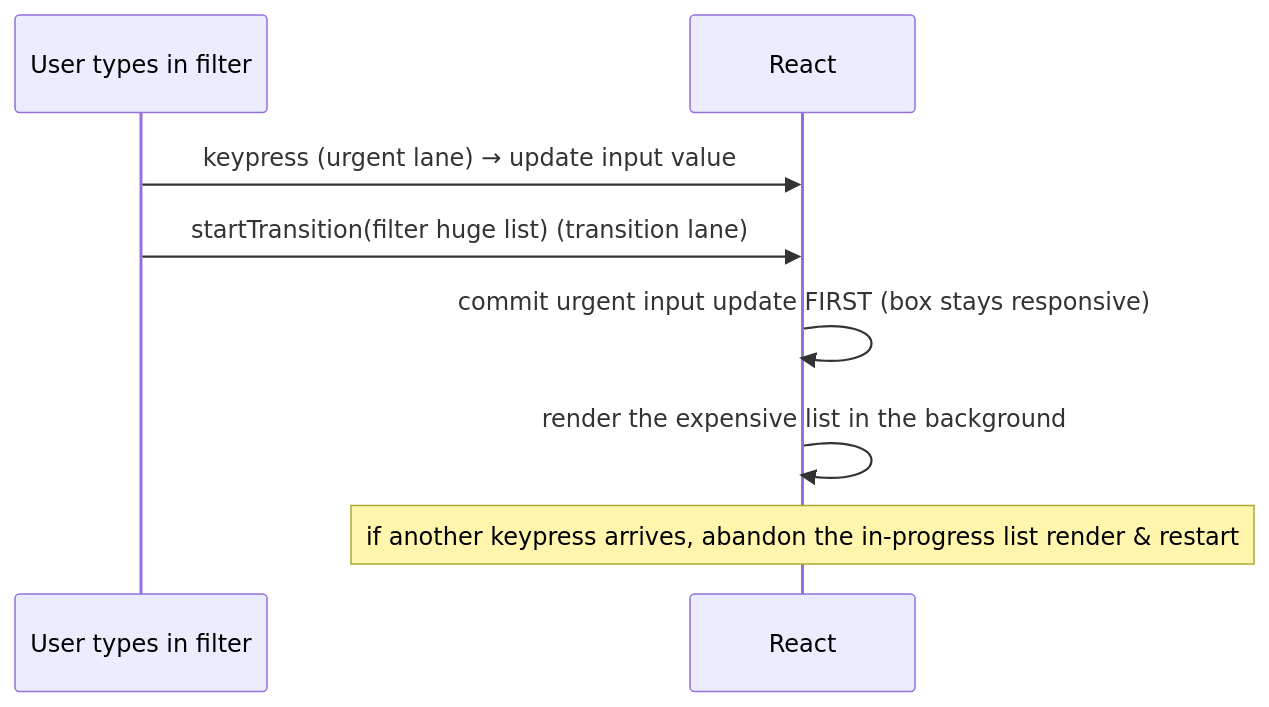
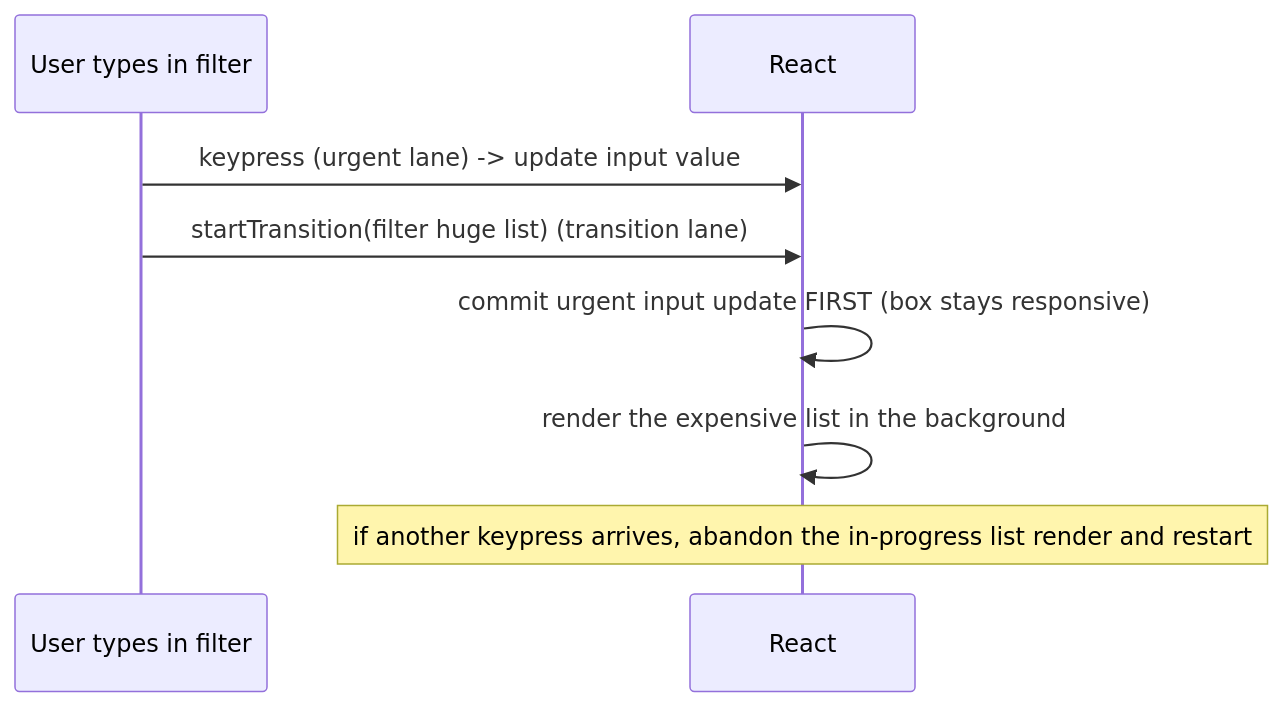
One commit to ashishxcode/frontend-internals changed the third of 3 diagrams in packages/content/content/04-react-fiber.mdx. Above: the diagram before and after it, drawn with Mermaid. The commit also changed other lines of this file and 35 other files, not shown here.

Commit message:
fix: mermaid sizing (overflow scroll + 16px font) + escape < in fiber prose

````diff
--- a/packages/content/content/04-react-fiber.mdx
+++ b/packages/content/content/04-react-fiber.mdx
@@ -151,10 +76,10 @@
 ```mermaid
 sequenceDiagram
   participant U as User types in filter
   participant R as React
-  U->>R: keypress (urgent lane) → update input value
+  U->>R: keypress (urgent lane) -> update input value
   U->>R: startTransition(filter huge list) (transition lane)
   R->>R: commit urgent input update FIRST (box stays responsive)
   R->>R: render the expensive list in the background
-  Note over R: if another keypress arrives, abandon the in-progress list render & restart
+  Note over R: if another keypress arrives, abandon the in-progress list render and restart
 ```
````
